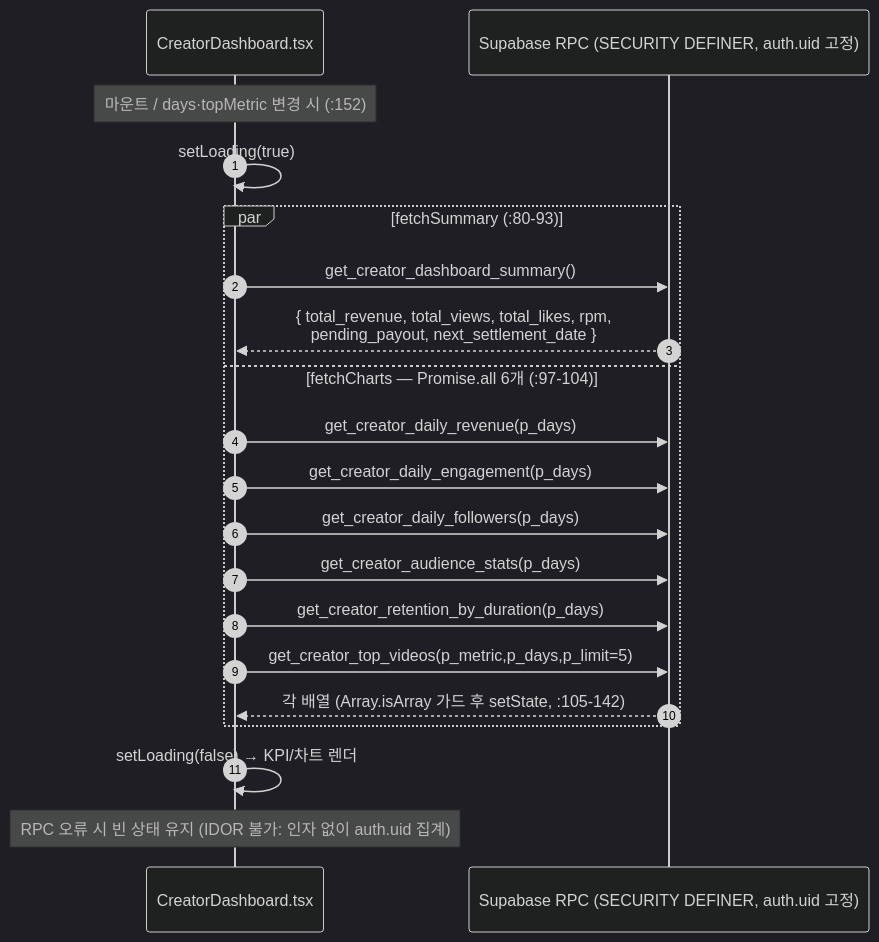
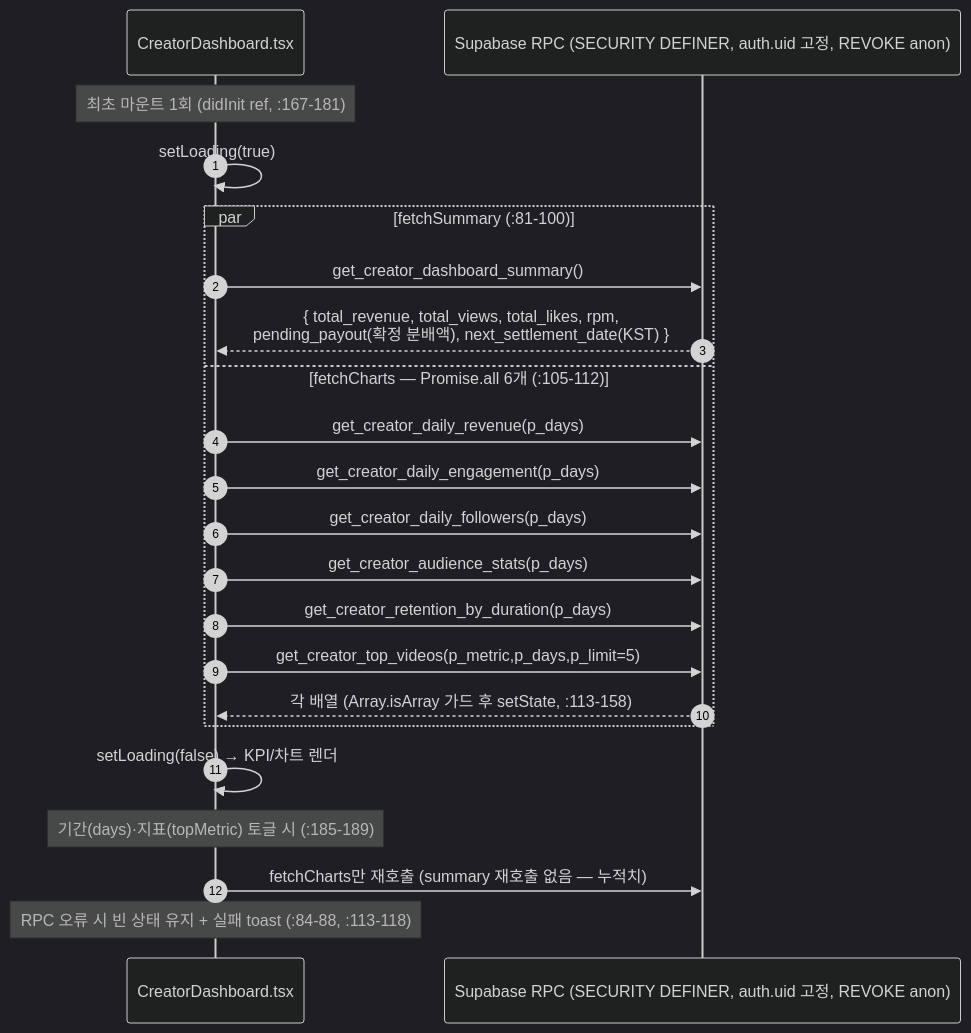
The second of 2 diagrams in docs/prd/05-upload-creator-dashboard.md (crebiz-commits/ai-v-market), drawn with Mermaid (dark theme) before and after one commit. The commit also changed other lines of this file and 10 other files, not shown here.

````diff
--- a/docs/prd/05-upload-creator-dashboard.md
+++ b/docs/prd/05-upload-creator-dashboard.md
@@ -508,25 +600,28 @@
 ```mermaid
 sequenceDiagram
     autonumber
     participant UI as CreatorDashboard.tsx
-    participant DB as Supabase RPC (SECURITY DEFINER, auth.uid 고정)
+    participant DB as Supabase RPC (SECURITY DEFINER, auth.uid 고정, REVOKE anon)
 
-    note over UI: 마운트 / days·topMetric 변경 시 (:152)
+    note over UI: 최초 마운트 1회 (didInit ref, :167-181)
     UI->>UI: setLoading(true)
 
-    par fetchSummary (:80-93)
+    par fetchSummary (:81-100)
         UI->>DB: get_creator_dashboard_summary()
-        DB-->>UI: { total_revenue, total_views, total_likes, rpm,<br/>pending_payout, next_settlement_date }
-    and fetchCharts — Promise.all 6개 (:97-104)
+        DB-->>UI: { total_revenue, total_views, total_likes, rpm,<br/>pending_payout(확정 분배액), next_settlement_date(KST) }
+    and fetchCharts — Promise.all 6개 (:105-112)
         UI->>DB: get_creator_daily_revenue(p_days)
         UI->>DB: get_creator_daily_engagement(p_days)
         UI->>DB: get_creator_daily_followers(p_days)
         UI->>DB: get_creator_audience_stats(p_days)
         UI->>DB: get_creator_retention_by_duration(p_days)
         UI->>DB: get_creator_top_videos(p_metric,p_days,p_limit=5)
-        DB-->>UI: 각 배열 (Array.isArray 가드 후 setState, :105-142)
+        DB-->>UI: 각 배열 (Array.isArray 가드 후 setState, :113-158)
     end
 
     UI->>UI: setLoading(false) → KPI/차트 렌더
-    note over UI: RPC 오류 시 빈 상태 유지 (IDOR 불가: 인자 없이 auth.uid 집계)
+
+    note over UI: 기간(days)·지표(topMetric) 토글 시 (:185-189)
+    UI->>DB: fetchCharts만 재호출 (summary 재호출 없음 — 누적치)
+    note over UI: RPC 오류 시 빈 상태 유지 + 실패 toast (:84-88, :113-118)
 ```
````
